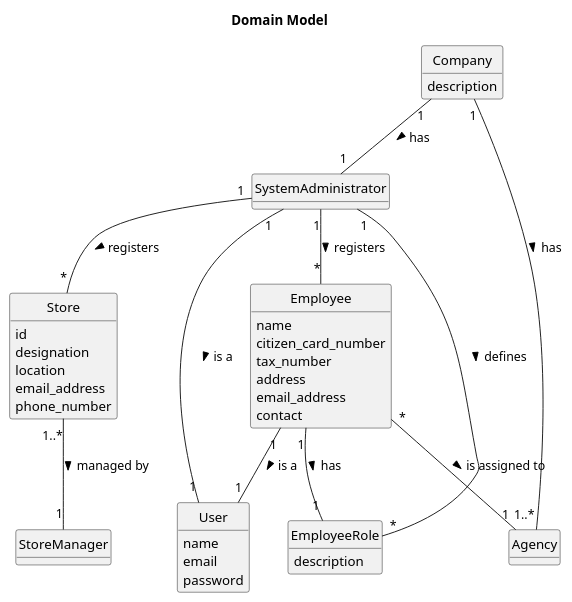
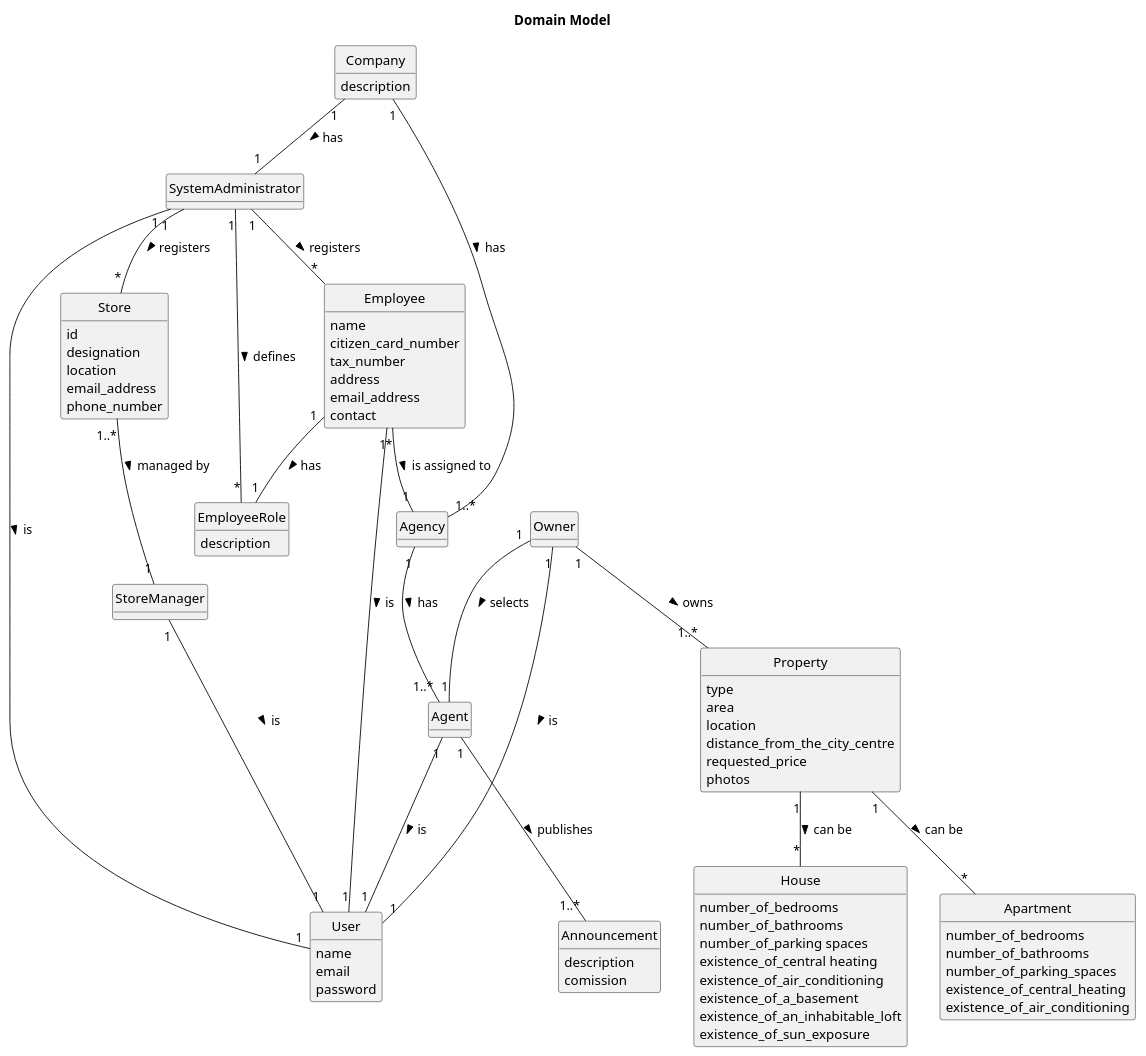
Before and after one commit to Rodrick0209/ISEP-LAPR2-22-23: the diagram in docs/sprintA/global-artifacts/02.analysis/puml/project-domain-model.puml, drawn with PlantUML. The commit also changed 4 other files, not shown here.

```diff
--- a/docs/sprintA/global-artifacts/02.analysis/puml/project-domain-model.puml
+++ b/docs/sprintA/global-artifacts/02.analysis/puml/project-domain-model.puml
@@ -1,62 +1,101 @@
 @startuml
 skinparam monochrome true
 skinparam packageStyle rectangle
 skinparam shadowing false
 'skinparam linetype ortho
 'left to right direction
 skinparam classAttributeIconSize 0
 hide circle
 hide methods
 
 title Domain Model
 
 
 class Employee{
 name
 citizen_card_number
 tax_number
 address
 email_address
 contact
-}
-
-class SystemAdministrator{
 }
 
 class EmployeeRole{
 description
 }
 
 class Company{
 description
 }
 
 class Agency{
 }
 
 class User{
 name
 email
 password
 }
 
 class Store {
     id
     designation
     location
     email_address
     phone_number
 }
 
+class Property {
+    type
+    area
+    location
+    distance_from_the_city_centre
+    requested_price
+    photos
+    }
+
+class Announcement {
+        description
+        comission
+      }
+
+class Apartment{
+    number_of_bedrooms
+    number_of_bathrooms
+    number_of_parking_spaces
+    existence_of_central_heating
+    existence_of_air_conditioning
+}
+
+class House{
+    number_of_bedrooms
+    number_of_bathrooms
+    number_of_parking spaces
+    existence_of_central heating
+    existence_of_air_conditioning
+    existence_of_a_basement
+    existence_of_an_inhabitable_loft
+    existence_of_sun_exposure
+}
+
 SystemAdministrator "1" -- "*" Employee : registers >
 Employee "*" -- "1" Agency : is assigned to >
 Company "1" -- "1" SystemAdministrator : has >
 Employee "1" -- "1" EmployeeRole :  has >
 SystemAdministrator "1" -- "*" EmployeeRole : defines >
-SystemAdministrator "1" -- "1" User : is a >
-Employee "1" -- "1" User : is a >
+SystemAdministrator "1" -- "1" User : is >
+Employee "1" -- "1" User : is >
 Company "1" -- "1..*" Agency : has >
 SystemAdministrator "1" -- "*" Store : registers >
 Store "1..*" -- "1" StoreManager : managed by >
+StoreManager "1" -- "1" User : is >
+Owner "1" -- "1" Agent : selects >
+Owner "1" -- "1..*" Property : owns >
+Agent "1" -- "1..*" Announcement : publishes >
+Agency "1" -- "1..*" Agent : has >
+Agent "1" -- "1" User : is >
+Owner "1" -- "1" User : is >
+Property "1" -- "*" House :  can be >
+Property "1" -- "*" Apartment :  can be >
 
 @enduml
```
